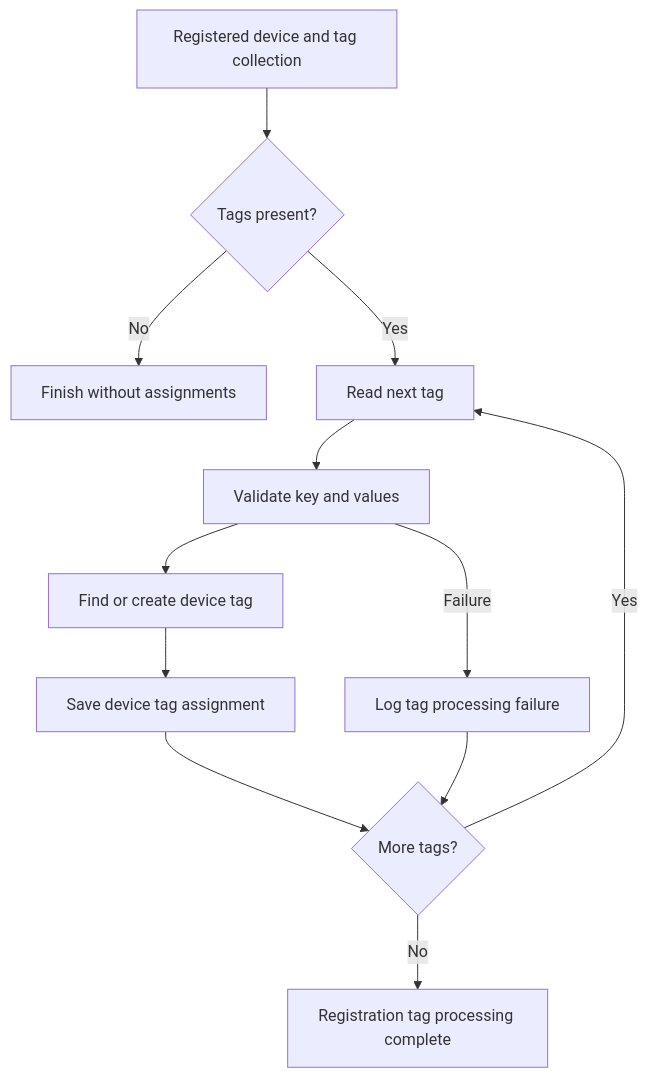
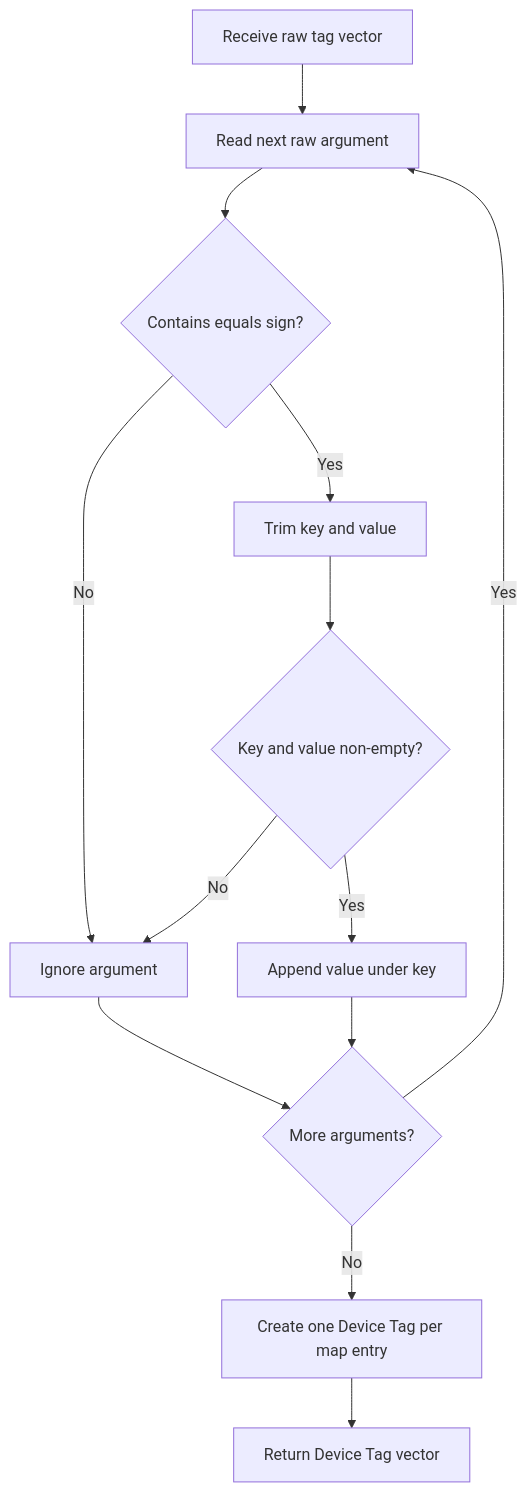
One commit to flamingo-stack/openframe-oss-tenant changed the second of 3 diagrams in docs/reference/architecture/openframe-client-core/model-device-tag/model-device-tag.md. Above: the diagram before and after it, drawn with Mermaid. The commit also changed other lines of this file and 2377 other files, not shown here.

````diff
--- a/docs/reference/architecture/openframe-client-core/model-device-tag/model-device-tag.md
+++ b/docs/reference/architecture/openframe-client-core/model-device-tag/model-device-tag.md
@@ -82,14 +73,15 @@
 ```mermaid
 flowchart TD
-    Start["Registered device and tag collection"] --> HasTags{"Tags present?"}
-    HasTags -->|"No"| Return["Finish without assignments"]
-    HasTags -->|"Yes"| NextTag["Read next tag"]
-    NextTag --> Validate["Validate key and values"]
-    Validate --> FindTag["Find or create device tag"]
-    FindTag --> Assign["Save device tag assignment"]
-    Assign --> MoreTags{"More tags?"}
-    MoreTags -->|"Yes"| NextTag
-    MoreTags -->|"No"| Complete["Registration tag processing complete"]
-    Validate -->|"Failure"| LogFailure["Log tag processing failure"]
-    LogFailure --> MoreTags
+    Start["Receive raw tag vector"] --> Iterate["Read next raw argument"]
+    Iterate --> Split{"Contains equals sign?"}
+    Split -->|"No"| Skip["Ignore argument"]
+    Split -->|"Yes"| Trim["Trim key and value"]
+    Trim --> Valid{"Key and value non-empty?"}
+    Valid -->|"No"| Skip
+    Valid -->|"Yes"| Group["Append value under key"]
+    Group --> More{"More arguments?"}
+    Skip --> More
+    More -->|"Yes"| Iterate
+    More -->|"No"| Build["Create one Device Tag per map entry"]
+    Build --> Finish["Return Device Tag vector"]
 ```
````
